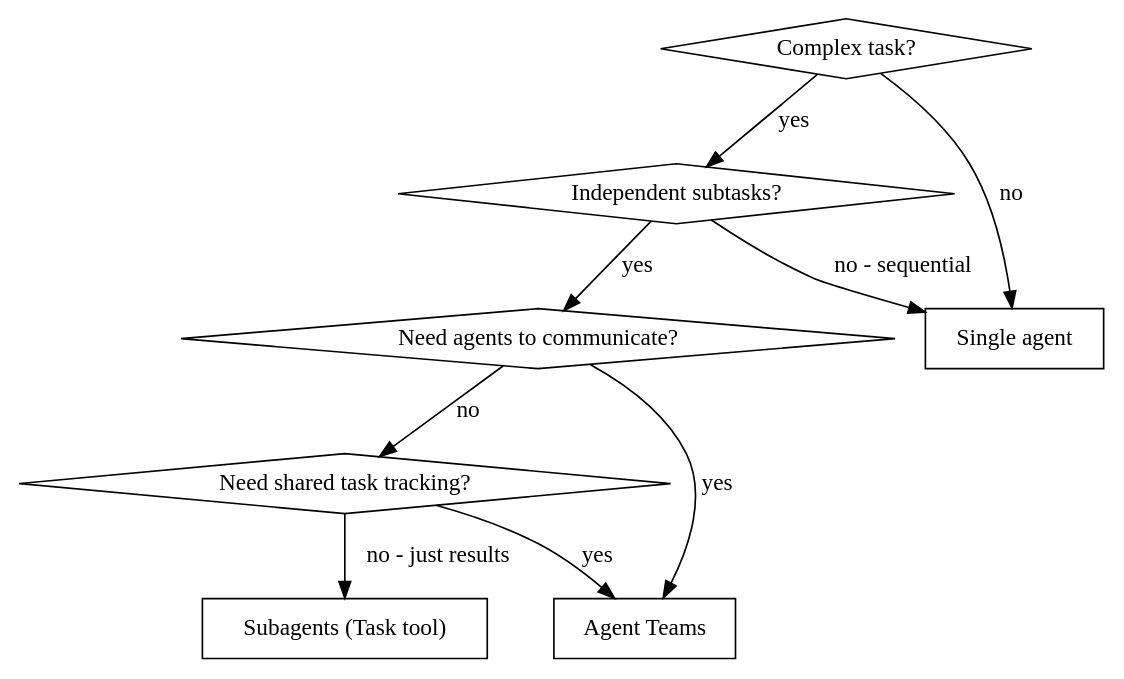
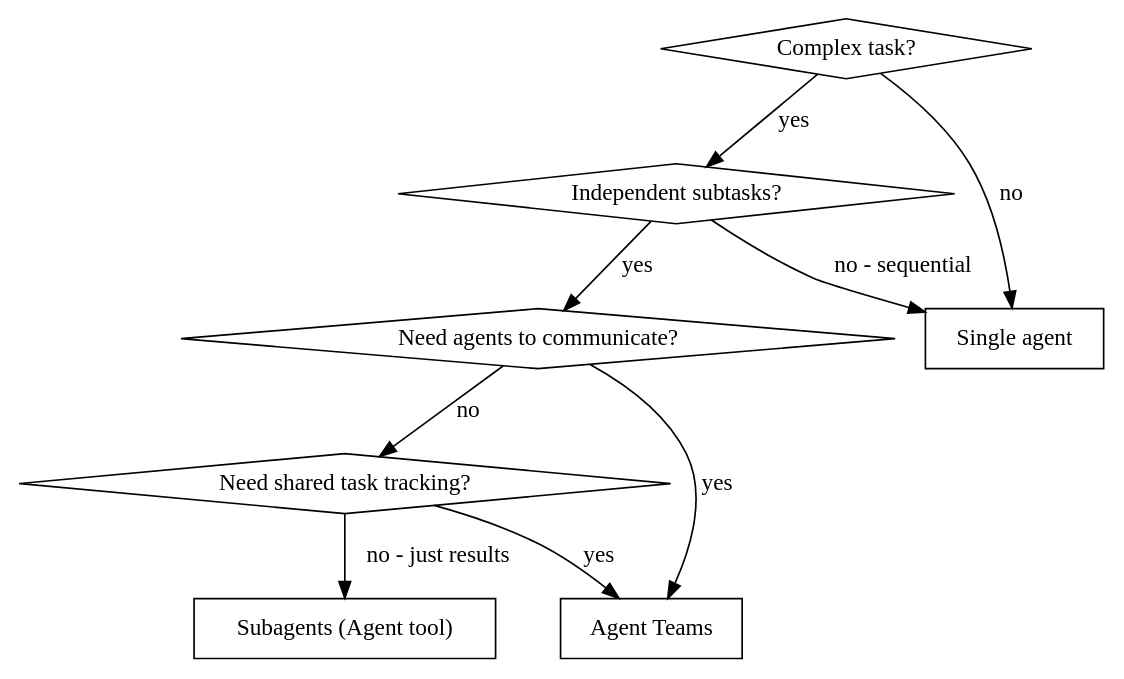
The diagram in plugins/agent-teams/skills/agent-teams/SKILL.md (OXI-717/ai-native-toolkit), drawn with Graphviz before and after one commit. The commit also changed other lines of this file and 8 other files, not shown here.

````diff
--- a/plugins/agent-teams/skills/agent-teams/SKILL.md
+++ b/plugins/agent-teams/skills/agent-teams/SKILL.md
@@ -14,20 +14,20 @@
 ```dot
 digraph when_to_use {
     "Complex task?" [shape=diamond];
     "Independent subtasks?" [shape=diamond];
     "Need agents to communicate?" [shape=diamond];
     "Need shared task tracking?" [shape=diamond];
     "Single agent" [shape=box];
-    "Subagents (Task tool)" [shape=box];
+    "Subagents (Agent tool)" [shape=box];
     "Agent Teams" [shape=box];
 
     "Complex task?" -> "Single agent" [label="no"];
     "Complex task?" -> "Independent subtasks?" [label="yes"];
     "Independent subtasks?" -> "Need agents to communicate?" [label="yes"];
     "Independent subtasks?" -> "Single agent" [label="no - sequential"];
     "Need agents to communicate?" -> "Agent Teams" [label="yes"];
     "Need agents to communicate?" -> "Need shared task tracking?" [label="no"];
     "Need shared task tracking?" -> "Agent Teams" [label="yes"];
-    "Need shared task tracking?" -> "Subagents (Task tool)" [label="no - just results"];
+    "Need shared task tracking?" -> "Subagents (Agent tool)" [label="no - just results"];
 }
 ```
````
